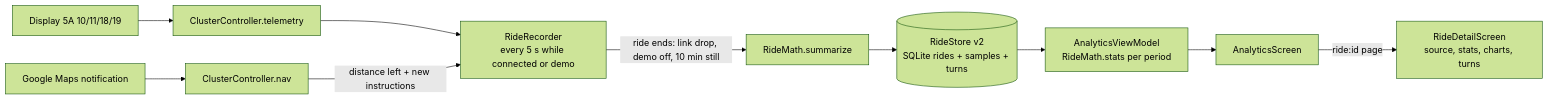
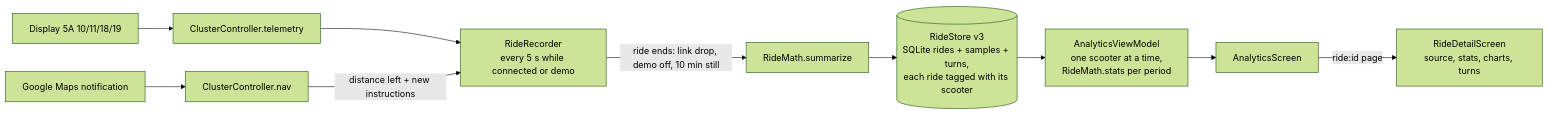
One commit to aiyu-ayaan/RideLink changed the third of 4 diagrams in development/docs/ARCHITECTURE.md. Above: the diagram before and after it, drawn with Mermaid (forest theme). The commit also changed other lines of this file and 1 other file, not shown here.

Commit message:
docs(Arch) : Document Maps icon turns, nav repeat, wake lock and per-scooter rides

````diff
--- a/development/docs/ARCHITECTURE.md
+++ b/development/docs/ARCHITECTURE.md
@@ -49,12 +54,12 @@
 ```mermaid
 graph LR
     D[Display 5A 10/11/18/19] --> C[ClusterController.telemetry]
     N[Google Maps notification] --> CN[ClusterController.nav]
     C --> R[RideRecorder<br/>every 5 s while connected or demo]
     CN -->|distance left + new instructions| R
     R -->|ride ends: link drop, demo off, 10 min still| M[RideMath.summarize]
-    M --> S[(RideStore v2<br/>SQLite rides + samples + turns)]
-    S --> V[AnalyticsViewModel<br/>RideMath.stats per period]
+    M --> S[(RideStore v3<br/>SQLite rides + samples + turns,<br/>each ride tagged with its scooter)]
+    S --> V[AnalyticsViewModel<br/>one scooter at a time,<br/>RideMath.stats per period]
     V --> UI[AnalyticsScreen]
     UI -->|ride:id page| RD[RideDetailScreen<br/>source, stats, charts, turns]
 ```
````
